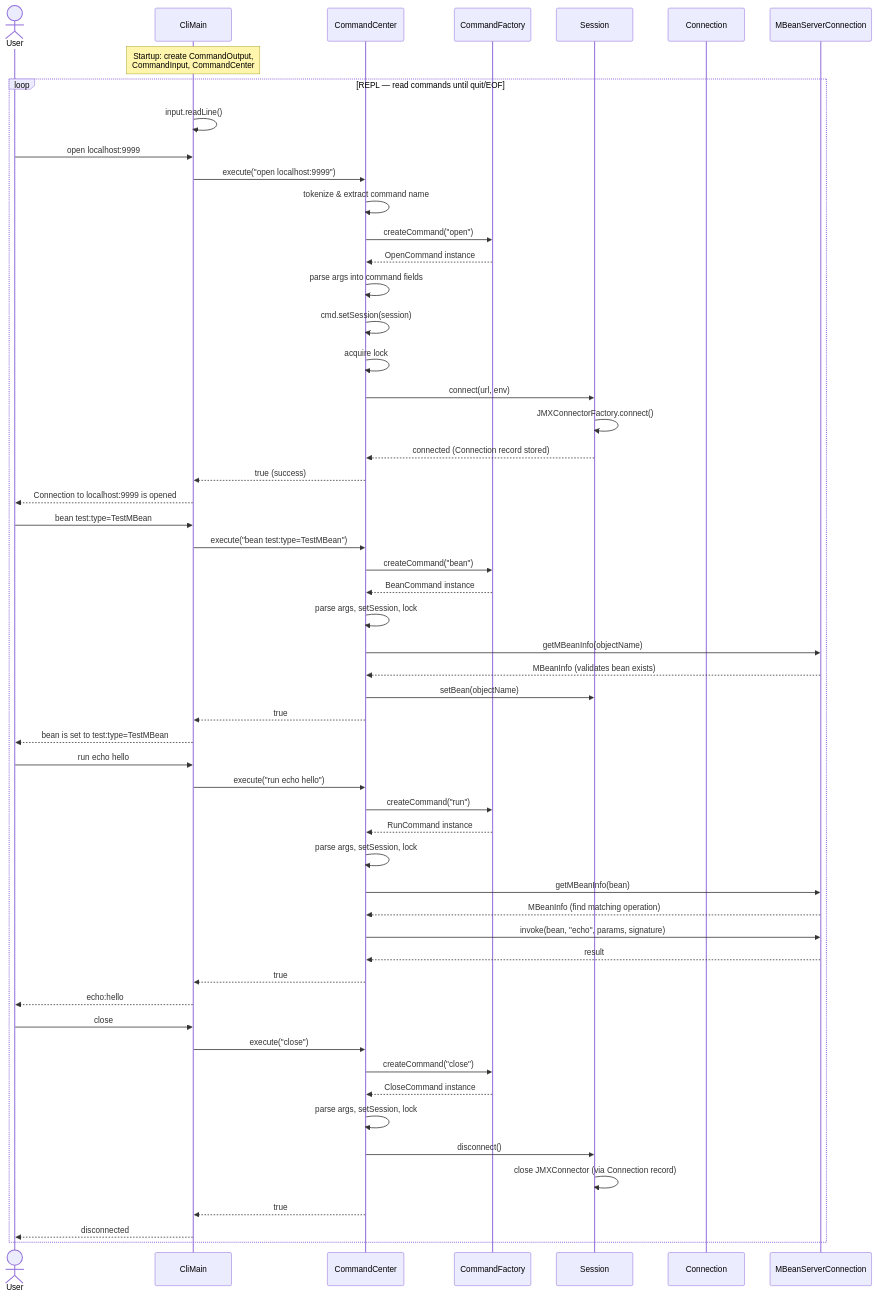
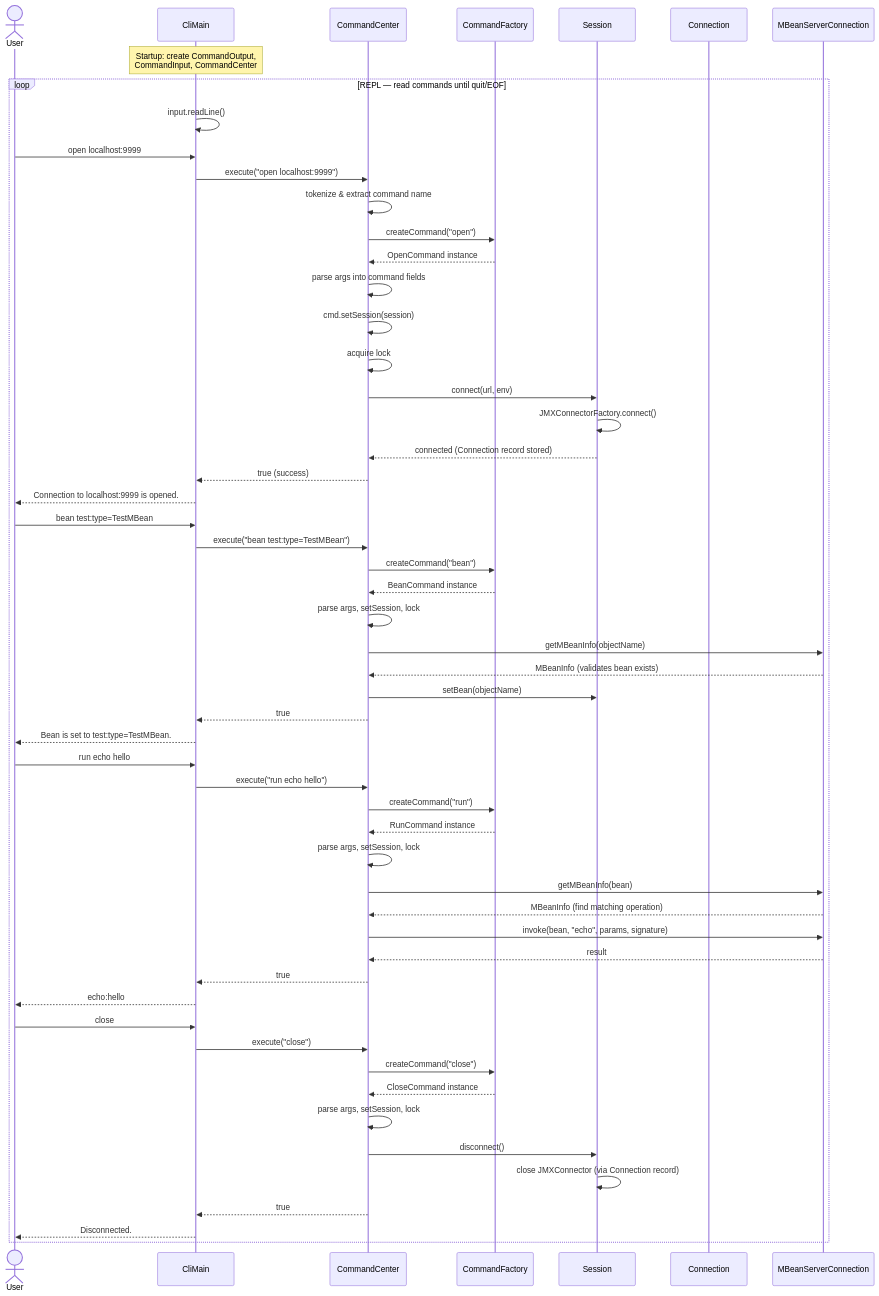
The diagram in docs/dev/architecture.md (nyg/jmxsh), drawn with Mermaid before and after one commit. The commit also changed 19 other files, not shown here.

````diff
--- a/docs/dev/architecture.md
+++ b/docs/dev/architecture.md
@@ -11,63 +11,63 @@
 ```mermaid
 sequenceDiagram
     actor User
     participant CLI as CliMain
     participant CC as CommandCenter
     participant CF as CommandFactory
     participant S as Session
     participant C as Connection
     participant MBS as MBeanServerConnection
 
     Note over CLI: Startup: create CommandOutput,<br/>CommandInput, CommandCenter
 
     loop REPL — read commands until quit/EOF
         CLI->>CLI: input.readLine()
 
         User->>CLI: open localhost:9999
         CLI->>CC: execute("open localhost:9999")
         CC->>CC: tokenize & extract command name
         CC->>CF: createCommand("open")
         CF-->>CC: OpenCommand instance
         CC->>CC: parse args into command fields
         CC->>CC: cmd.setSession(session)
         CC->>CC: acquire lock
         CC->>S: connect(url, env)
         S->>S: JMXConnectorFactory.connect()
         S-->>CC: connected (Connection record stored)
         CC-->>CLI: true (success)
-        CLI-->>User: Connection to localhost:9999 is opened
+        CLI-->>User: Connection to localhost:9999 is opened.
 
         User->>CLI: bean test:type=TestMBean
         CLI->>CC: execute("bean test:type=TestMBean")
         CC->>CF: createCommand("bean")
         CF-->>CC: BeanCommand instance
         CC->>CC: parse args, setSession, lock
         CC->>MBS: getMBeanInfo(objectName)
         MBS-->>CC: MBeanInfo (validates bean exists)
         CC->>S: setBean(objectName)
         CC-->>CLI: true
-        CLI-->>User: bean is set to test:type=TestMBean
+        CLI-->>User: Bean is set to test:type=TestMBean.
 
         User->>CLI: run echo hello
         CLI->>CC: execute("run echo hello")
         CC->>CF: createCommand("run")
         CF-->>CC: RunCommand instance
         CC->>CC: parse args, setSession, lock
         CC->>MBS: getMBeanInfo(bean)
         MBS-->>CC: MBeanInfo (find matching operation)
         CC->>MBS: invoke(bean, "echo", params, signature)
         MBS-->>CC: result
         CC-->>CLI: true
         CLI-->>User: echo:hello
 
         User->>CLI: close
         CLI->>CC: execute("close")
         CC->>CF: createCommand("close")
         CF-->>CC: CloseCommand instance
         CC->>CC: parse args, setSession, lock
         CC->>S: disconnect()
         S->>S: close JMXConnector (via Connection record)
         CC-->>CLI: true
-        CLI-->>User: disconnected
+        CLI-->>User: Disconnected.
     end
 ```
````
